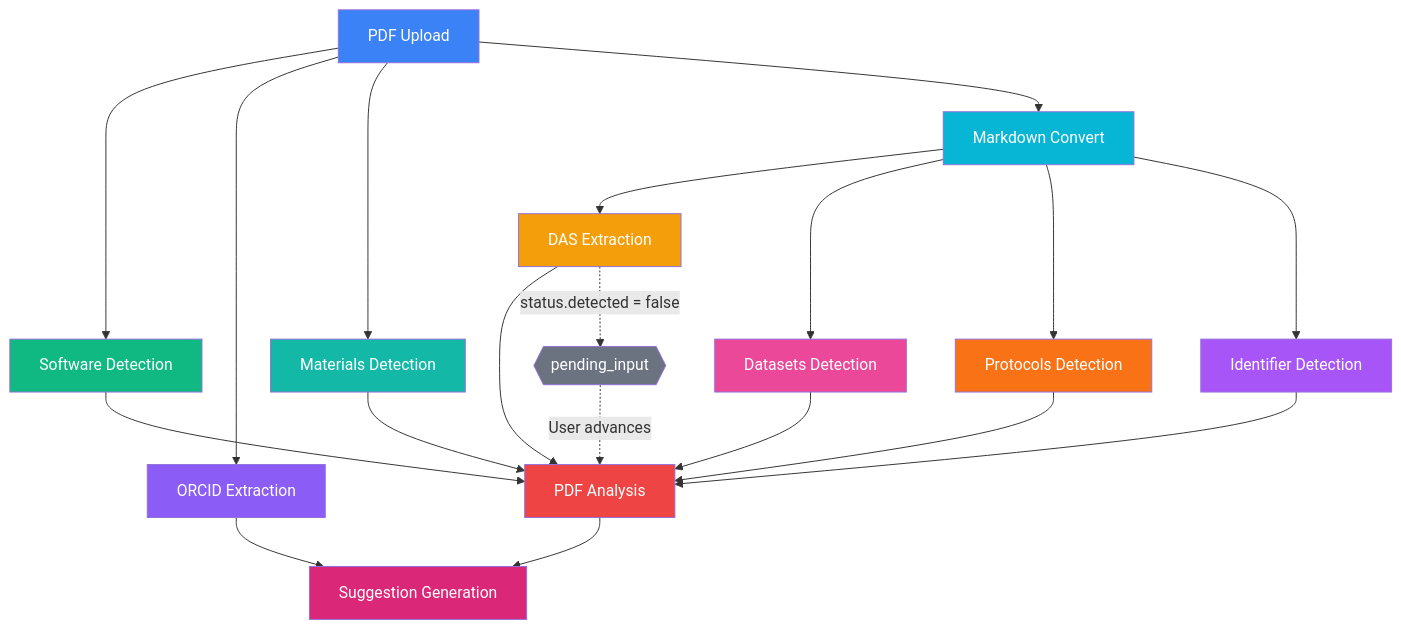
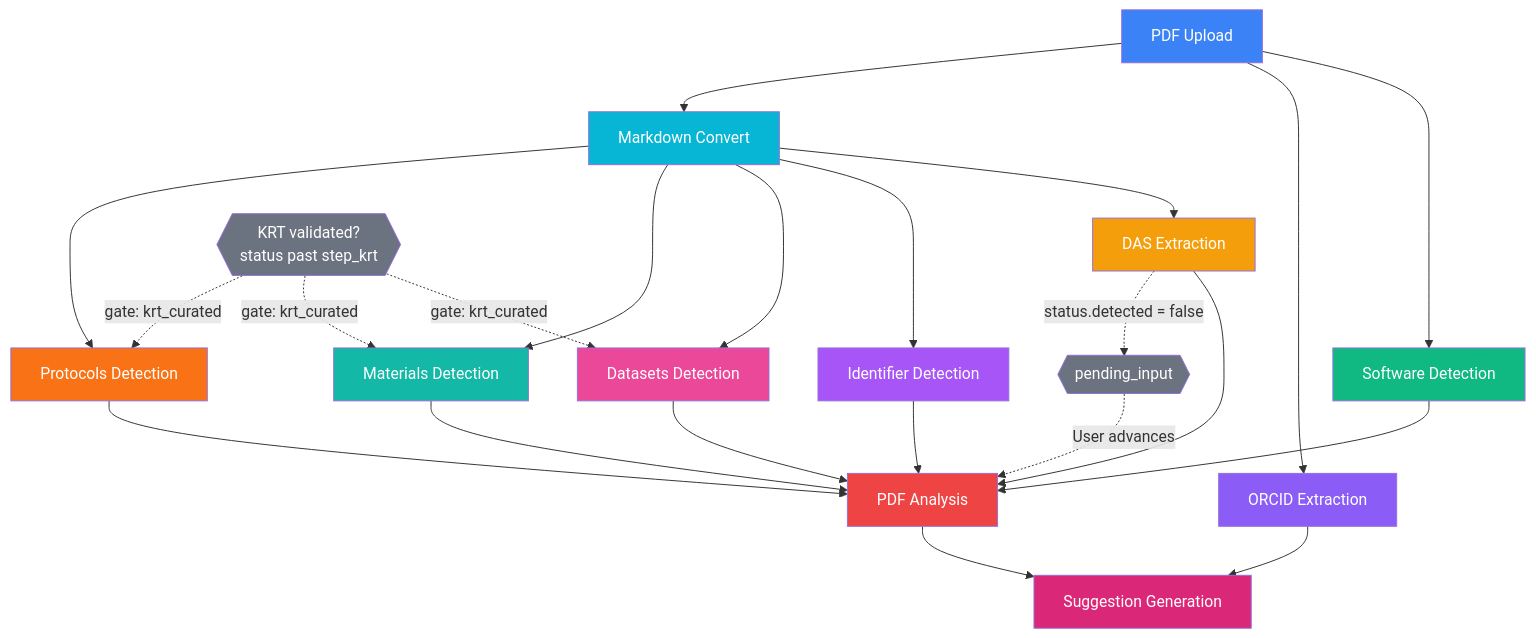
The first of 2 diagrams in docs/background-jobs.md (DataSeer/asap-kr-sync), drawn with Mermaid before and after one commit. The commit also changed other lines of this file and 7 other files, not shown here.

First line of the commit message:
docs: document KRT-validation gate, batch endpoint, and modal search UI

````diff
--- a/docs/background-jobs.md
+++ b/docs/background-jobs.md
@@ -84,38 +84,44 @@
 ```mermaid
 graph TD
     PDF[PDF Upload] --> SW[Software Detection]
     PDF --> ORCID[ORCID Extraction]
-    PDF --> MAT[Materials Detection]
     PDF --> MD[Markdown Convert]
 
     MD --> DAS[DAS Extraction]
+    MD --> ID[Identifier Detection]
     MD --> DS[Datasets Detection]
+    MD --> MAT[Materials Detection]
     MD --> PROT[Protocols Detection]
-    MD --> ID[Identifier Detection]
+
+    KRTV{{KRT validated?<br/>status past step_krt}}
+    KRTV -.->|gate: krt_curated| DS
+    KRTV -.->|gate: krt_curated| MAT
+    KRTV -.->|gate: krt_curated| PROT
 
     DAS --> PA[PDF Analysis]
     SW --> PA
     DS --> PA
     MAT --> PA
     PROT --> PA
     ID --> PA
 
     PA --> SG[Suggestion Generation]
     ORCID --> SG
 
     DAS -.->|status.detected = false| PI{{pending_input}}
     PI -.->|User advances| PA
 
     style PDF fill:#3b82f6,color:#fff
     style DAS fill:#f59e0b,color:#fff
     style SW fill:#10b981,color:#fff
     style ORCID fill:#8b5cf6,color:#fff
     style MD fill:#06b6d4,color:#fff
     style DS fill:#ec4899,color:#fff
     style MAT fill:#14b8a6,color:#fff
     style PROT fill:#f97316,color:#fff
     style ID fill:#a855f7,color:#fff
     style PA fill:#ef4444,color:#fff
     style SG fill:#db2777,color:#fff
     style PI fill:#6b7280,color:#fff
+    style KRTV fill:#6b7280,color:#fff
 ```
````
